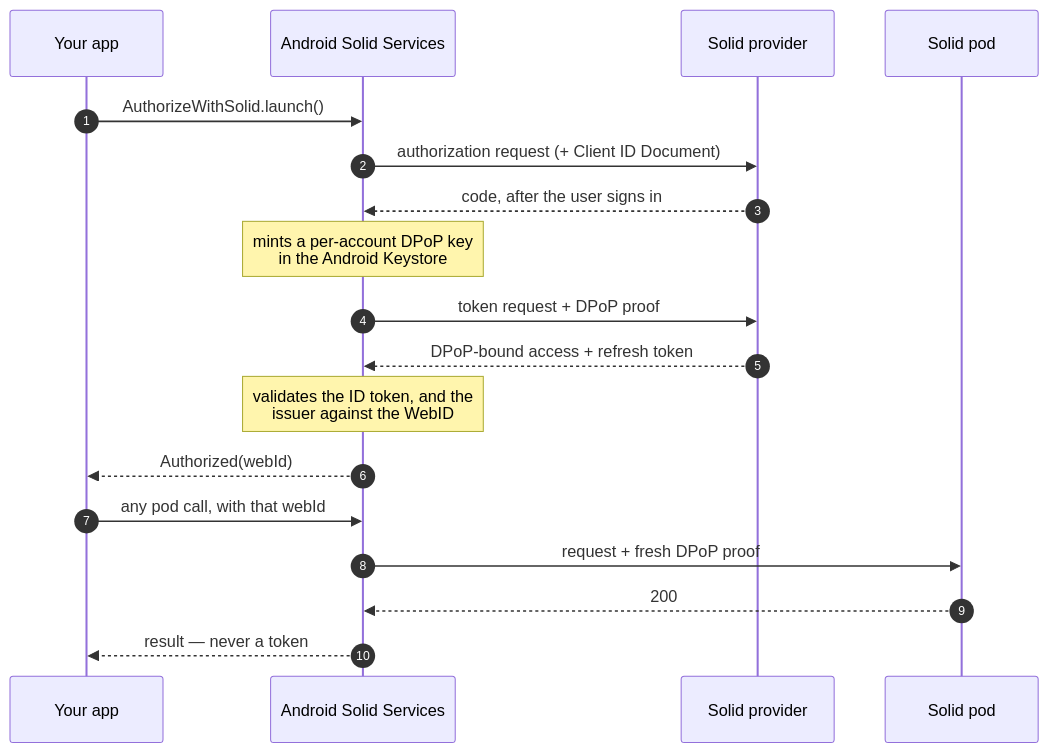
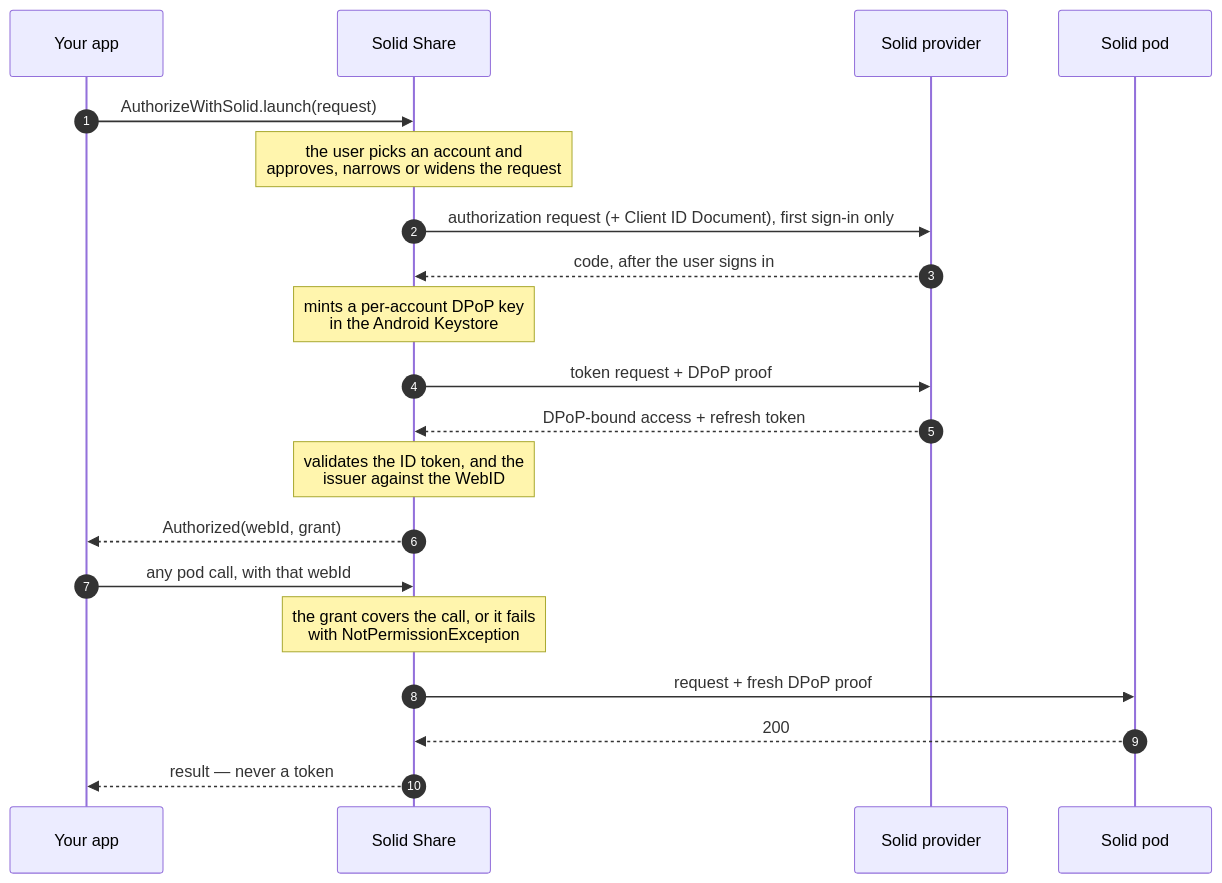
The diagram in docs/build/auth.md (erfangholami/Android-Solid-Services), drawn with Mermaid before and after one commit. The commit also changed other lines of this file and 29 other files, not shown here.

Commit message:
Rewrite the documentation for Solid Share as the host, and document app access and hosting

````diff
--- a/docs/build/auth.md
+++ b/docs/build/auth.md
@@ -203,22 +210,24 @@
 ```mermaid
 sequenceDiagram
     autonumber
     participant App as Your app
-    participant ASS as Android Solid Services
+    participant ASS as Solid Share
     participant IdP as Solid provider
     participant Pod as Solid pod
 
-    App->>ASS: AuthorizeWithSolid.launch()
-    ASS->>IdP: authorization request (+ Client ID Document)
+    App->>ASS: AuthorizeWithSolid.launch(request)
+    Note over ASS: the user picks an account and<br/>approves, narrows or widens the request
+    ASS->>IdP: authorization request (+ Client ID Document), first sign-in only
     IdP-->>ASS: code, after the user signs in
     Note over ASS: mints a per-account DPoP key<br/>in the Android Keystore
     ASS->>IdP: token request + DPoP proof
     IdP-->>ASS: DPoP-bound access + refresh token
     Note over ASS: validates the ID token, and the<br/>issuer against the WebID
-    ASS-->>App: Authorized(webId)
+    ASS-->>App: Authorized(webId, grant)
 
     App->>ASS: any pod call, with that webId
+    Note over ASS: the grant covers the call, or it fails<br/>with NotPermissionException
     ASS->>Pod: request + fresh DPoP proof
     Pod-->>ASS: 200
     ASS-->>App: result — never a token
 ```
````
